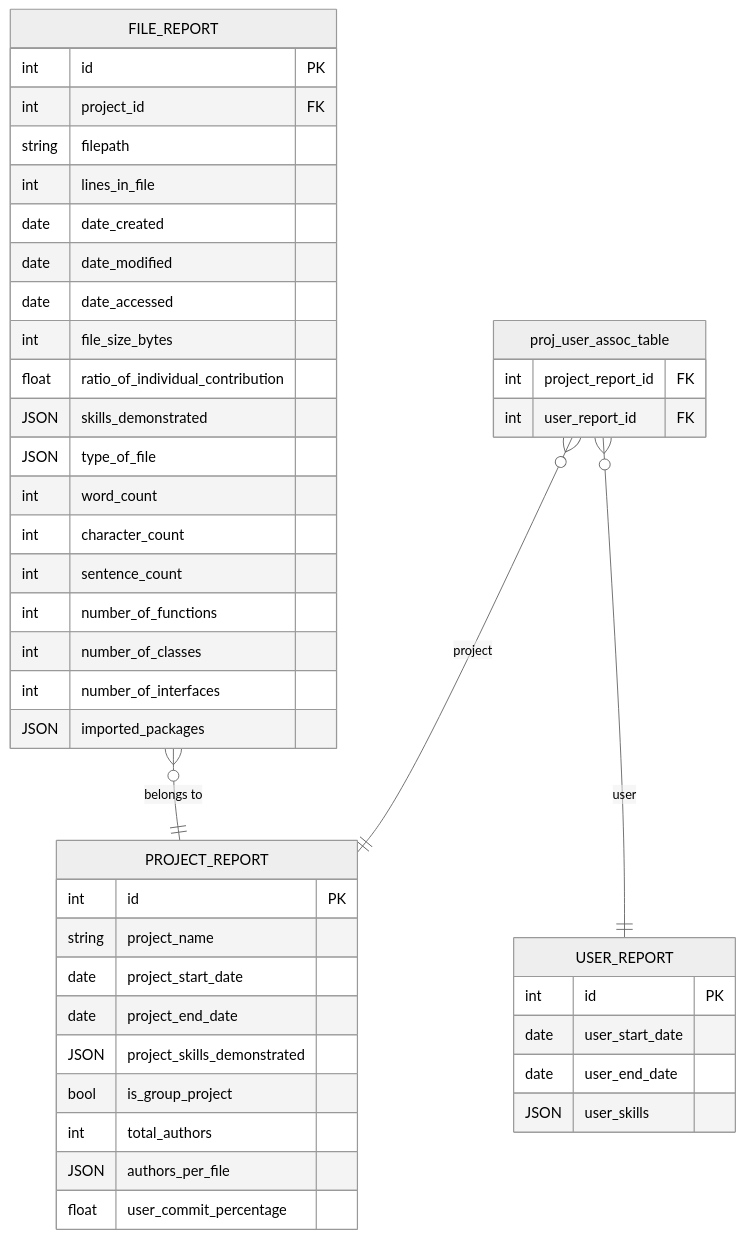
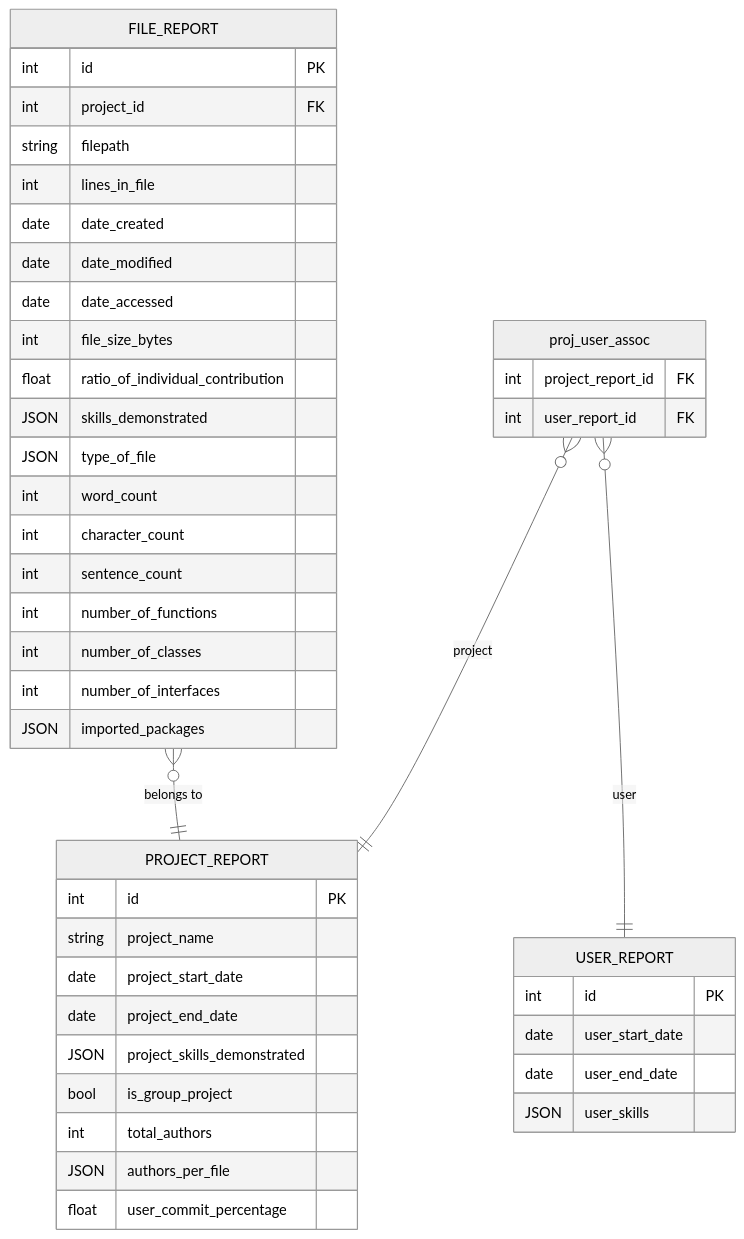
The diagram in src/infrastructure/database/README.md (COSC-499-W2025/capstone-project-team-18), drawn with Mermaid (neutral theme) before and after one commit. The commit also changed other lines of this file and 14 other files, not shown here.

Commit message:
create resume & resume_proj_assoc tables, other minor changes

````diff
--- a/src/infrastructure/database/README.md
+++ b/src/infrastructure/database/README.md
@@ -40,53 +40,53 @@
 ``` mermaid
 erDiagram
 
     FILE_REPORT {
         int id PK
         int project_id FK
         string filepath
         int lines_in_file
         date date_created
         date date_modified
         date date_accessed
         int file_size_bytes
         float ratio_of_individual_contribution
         JSON skills_demonstrated
         JSON type_of_file
         int word_count
         int character_count
         int sentence_count
         int number_of_functions
         int number_of_classes
         int number_of_interfaces
         JSON imported_packages
     }
 
     PROJECT_REPORT {
         int id PK
         string project_name
         date project_start_date
         date project_end_date
         JSON project_skills_demonstrated
         bool is_group_project
         int total_authors
         JSON authors_per_file
         float user_commit_percentage
     }
 
     USER_REPORT {
         int id PK
         date user_start_date
         date user_end_date
         JSON user_skills
     }
 
-    proj_user_assoc_table {
+    proj_user_assoc {
         int project_report_id FK
         int user_report_id FK
     }
 
     %% Relationships
     FILE_REPORT }o--|| PROJECT_REPORT : "belongs to"
-    proj_user_assoc_table }o--|| PROJECT_REPORT : "project"
-    proj_user_assoc_table }o--|| USER_REPORT : "user"
+    proj_user_assoc }o--|| PROJECT_REPORT : "project"
+    proj_user_assoc }o--|| USER_REPORT : "user"
 ```
````
